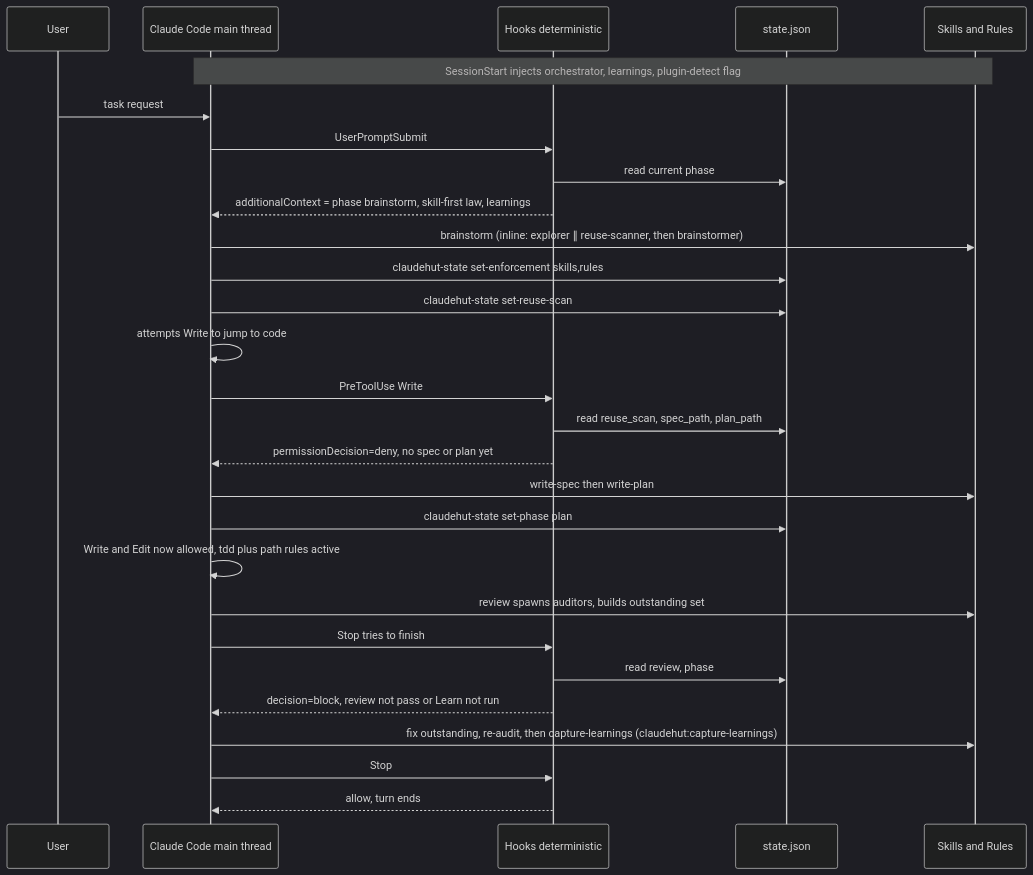
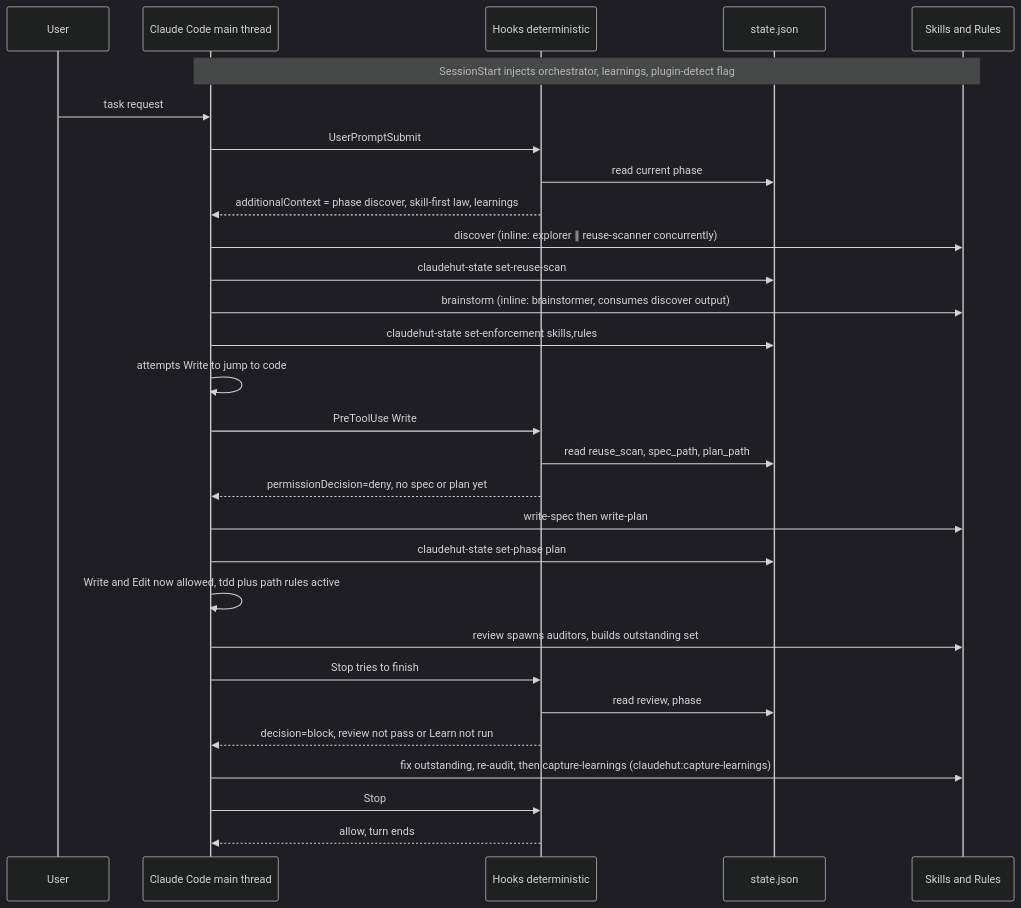
One commit to taipt1504/claudehut changed the third of 6 diagrams in .claude/docs/design/01-agentic-workflow.md. Above: the diagram before and after it, drawn with Mermaid (dark theme). The commit also changed other lines of this file and 32 other files, not shown here.

````diff
--- a/.claude/docs/design/01-agentic-workflow.md
+++ b/.claude/docs/design/01-agentic-workflow.md
@@ -233,31 +251,32 @@
 ```mermaid
 sequenceDiagram
     participant U as User
     participant CC as Claude Code main thread
     participant H as Hooks deterministic
     participant St as state.json
     participant SK as Skills and Rules
 
     Note over CC,SK: SessionStart injects orchestrator, learnings, plugin-detect flag
     U->>CC: task request
     CC->>H: UserPromptSubmit
     H->>St: read current phase
-    H-->>CC: additionalContext = phase brainstorm, skill-first law, learnings
-    CC->>SK: brainstorm (inline: explorer ∥ reuse-scanner, then brainstormer)
+    H-->>CC: additionalContext = phase discover, skill-first law, learnings
+    CC->>SK: discover (inline: explorer ∥ reuse-scanner concurrently)
+    CC->>St: claudehut-state set-reuse-scan
+    CC->>SK: brainstorm (inline: brainstormer, consumes discover output)
     CC->>St: claudehut-state set-enforcement skills,rules
-    CC->>St: claudehut-state set-reuse-scan
     CC->>CC: attempts Write to jump to code
     CC->>H: PreToolUse Write
     H->>St: read reuse_scan, spec_path, plan_path
     H-->>CC: permissionDecision=deny, no spec or plan yet
     CC->>SK: write-spec then write-plan
     CC->>St: claudehut-state set-phase plan
     CC->>CC: Write and Edit now allowed, tdd plus path rules active
     CC->>SK: review spawns auditors, builds outstanding set
     CC->>H: Stop tries to finish
     H->>St: read review, phase
     H-->>CC: decision=block, review not pass or Learn not run
     CC->>SK: fix outstanding, re-audit, then capture-learnings (claudehut:capture-learnings)
     CC->>H: Stop
     H-->>CC: allow, turn ends
 ```
````
